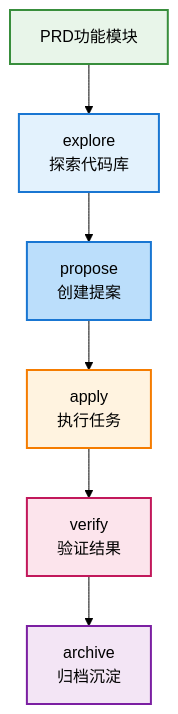
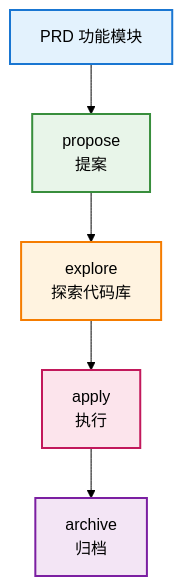
Before and after one commit to eliduty/slide: the diagram in presentations/ai-coding/slides/practice/04-development.md, drawn with Mermaid (forest theme). The commit also changed other lines of this file and 37 other files, not shown here.

````diff
--- a/presentations/ai-coding/slides/practice/04-development.md
+++ b/presentations/ai-coding/slides/practice/04-development.md
@@ -7,15 +7,13 @@
 ```mermaid
 graph TB
-    A[PRD功能模块] --> B[explore<br/>探索代码库]
-    B --> C[propose<br/>创建提案]
-    C --> D[apply<br/>执行任务]
-    D --> E[verify<br/>验证结果]
-    E --> F[archive<br/>归档沉淀]
+    A[PRD 功能模块] --> B[propose<br/>提案]
+    B --> C[explore<br/>探索代码库]
+    C --> D[apply<br/>执行]
+    D --> E[archive<br/>归档]
 
-    style A fill:#e8f5e9,stroke:#388e3c,stroke-width:2px
-    style B fill:#e3f2fd,stroke:#1976d2,stroke-width:2px
-    style C fill:#bbdefb,stroke:#1976d2,stroke-width:2px
-    style D fill:#fff3e0,stroke:#f57c00,stroke-width:2px
-    style E fill:#fce4ec,stroke:#c2185b,stroke-width:2px
-    style F fill:#f3e5f5,stroke:#7b1fa2,stroke-width:2px
+    style A fill:#e3f2fd,stroke:#1976d2,stroke-width:2px
+    style B fill:#e8f5e9,stroke:#388e3c,stroke-width:2px
+    style C fill:#fff3e0,stroke:#f57c00,stroke-width:2px
+    style D fill:#fce4ec,stroke:#c2185b,stroke-width:2px
+    style E fill:#f3e5f5,stroke:#7b1fa2,stroke-width:2px
 ```
````
